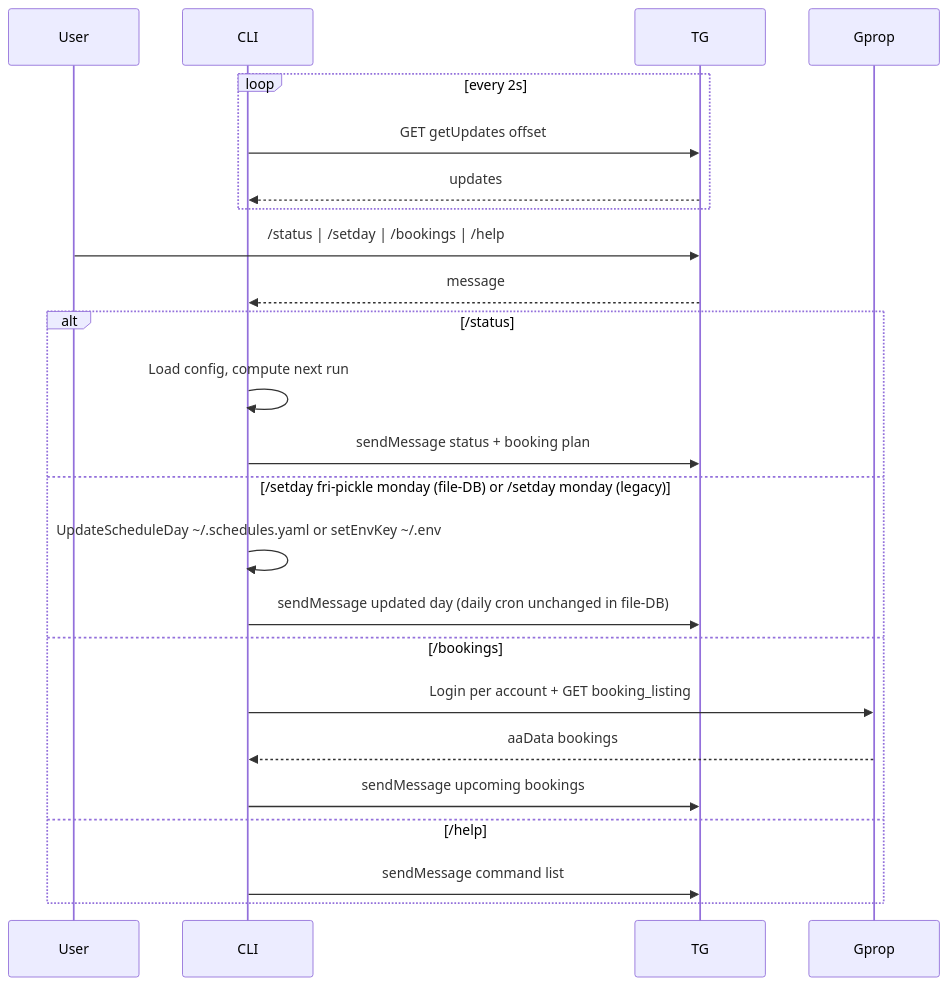
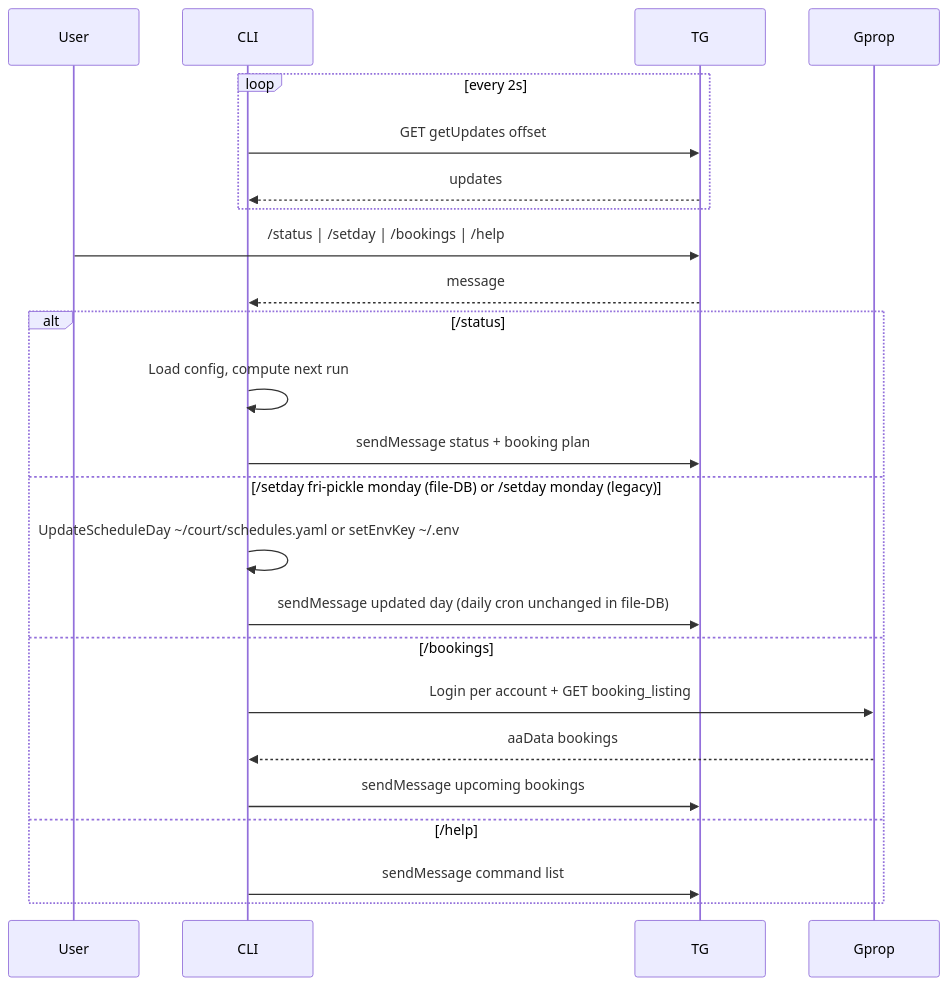
One commit to zhenghung/court-booking-bot changed the seventh of 9 diagrams in docs/architecture.md. Above: the diagram before and after it, drawn with Mermaid. The commit also changed 5 other files, not shown here.

````diff
--- a/docs/architecture.md
+++ b/docs/architecture.md
@@ -135,26 +135,26 @@
 ```mermaid
 sequenceDiagram
     participant User
     participant CLI
     participant TG
     participant Gprop
     loop every 2s
         CLI->>TG: GET getUpdates offset
         TG-->>CLI: updates
     end
     User->>TG: /status | /setday | /bookings | /help
     TG-->>CLI: message
     alt /status
         CLI->>CLI: Load config, compute next run
         CLI->>TG: sendMessage status + booking plan
     else /setday fri-pickle monday (file-DB) or /setday monday (legacy)
-        CLI->>CLI: UpdateScheduleDay ~/.schedules.yaml or setEnvKey ~/.env
+        CLI->>CLI: UpdateScheduleDay ~/court/schedules.yaml or setEnvKey ~/.env
         CLI->>TG: sendMessage updated day (daily cron unchanged in file-DB)
     else /bookings
         CLI->>Gprop: Login per account + GET booking_listing
         Gprop-->>CLI: aaData bookings
         CLI->>TG: sendMessage upcoming bookings
     else /help
         CLI->>TG: sendMessage command list
     end
 ```
````
